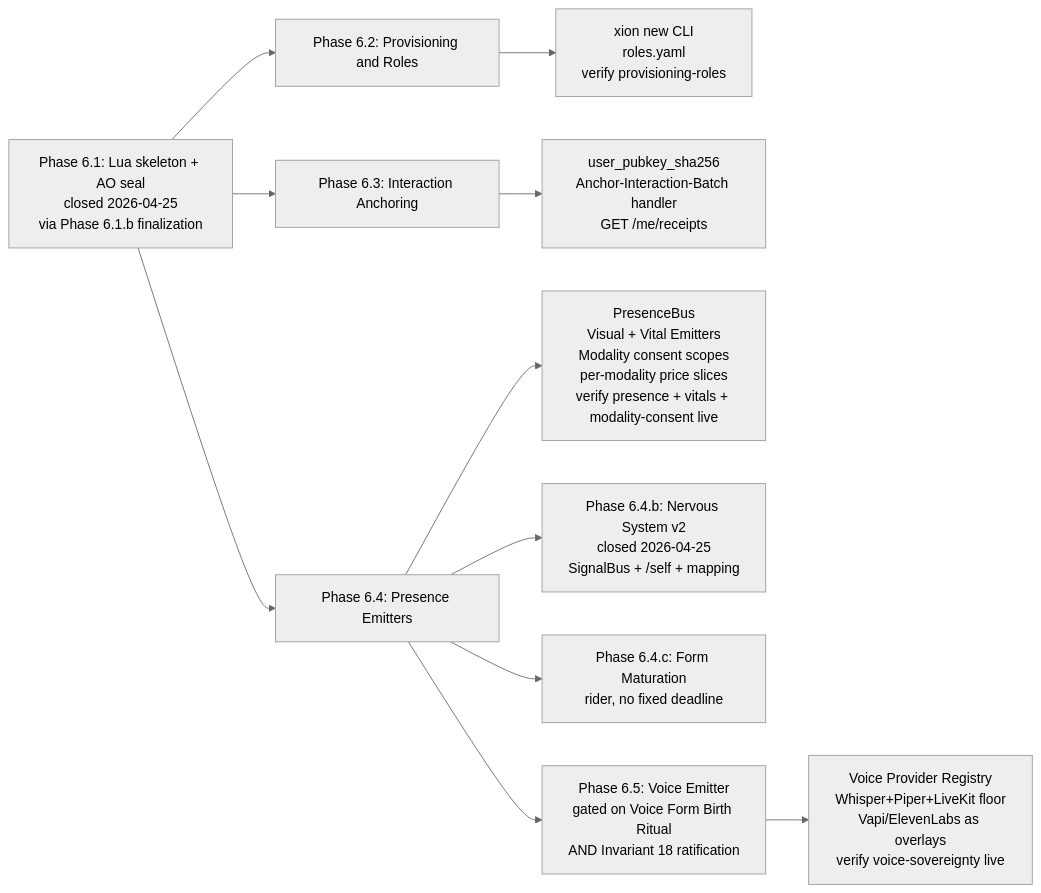
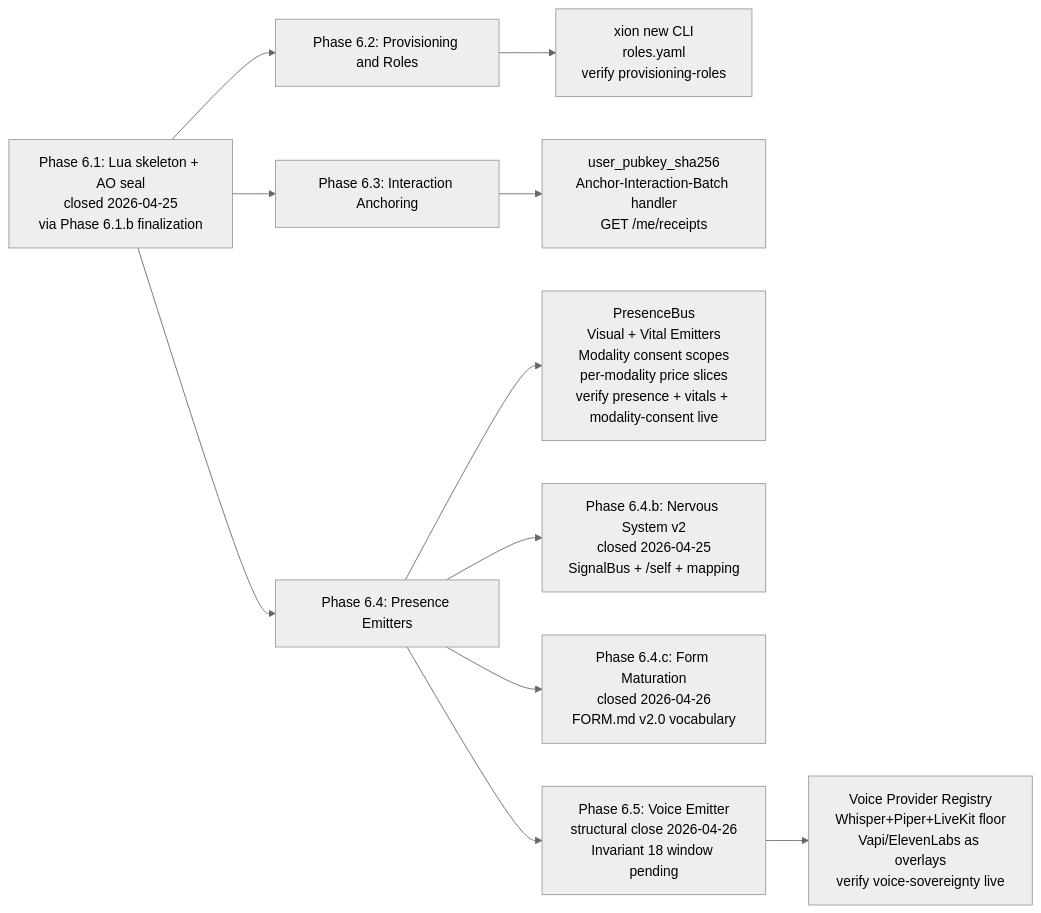
The first of 2 diagrams in DEVELOPMENT_ROADMAP.md (nik190799/xion), drawn with Mermaid (neutral theme) before and after one commit. The commit also changed other lines of this file and 55 other files, not shown here.

First line of the commit message:
Implement sentience axis voice and form completion

````diff
--- a/DEVELOPMENT_ROADMAP.md
+++ b/DEVELOPMENT_ROADMAP.md
@@ -28,13 +28,13 @@
 ```mermaid
 flowchart LR
   P6_1[Phase 6.1: Lua skeleton + AO seal<br/>closed 2026-04-25<br/>via Phase 6.1.b finalization] --> P6_2[Phase 6.2: Provisioning and Roles]
   P6_1 --> P6_3[Phase 6.3: Interaction Anchoring]
   P6_1 --> P6_4[Phase 6.4: Presence Emitters]
   P6_2 --> P6_2_done[xion new CLI<br/>roles.yaml<br/>verify provisioning-roles]
   P6_3 --> P6_3_done[user_pubkey_sha256<br/>Anchor-Interaction-Batch handler<br/>GET /me/receipts]
   P6_4 --> P6_4_done[PresenceBus<br/>Visual + Vital Emitters<br/>Modality consent scopes<br/>per-modality price slices<br/>verify presence + vitals + modality-consent live]
   P6_4 --> P6_4b[Phase 6.4.b: Nervous System v2<br/>closed 2026-04-25<br/>SignalBus + /self + mapping]
-  P6_4 --> P6_4c[Phase 6.4.c: Form Maturation<br/>rider, no fixed deadline]
-  P6_4 --> P6_5[Phase 6.5: Voice Emitter<br/>gated on Voice Form Birth Ritual<br/>AND Invariant 18 ratification]
+  P6_4 --> P6_4c[Phase 6.4.c: Form Maturation<br/>closed 2026-04-26<br/>FORM.md v2.0 vocabulary]
+  P6_4 --> P6_5[Phase 6.5: Voice Emitter<br/>structural close 2026-04-26<br/>Invariant 18 window pending]
   P6_5 --> P6_5_done["Voice Provider Registry<br/>Whisper+Piper+LiveKit floor<br/>Vapi/ElevenLabs as overlays<br/>verify voice-sovereignty live"]
 ```
````
